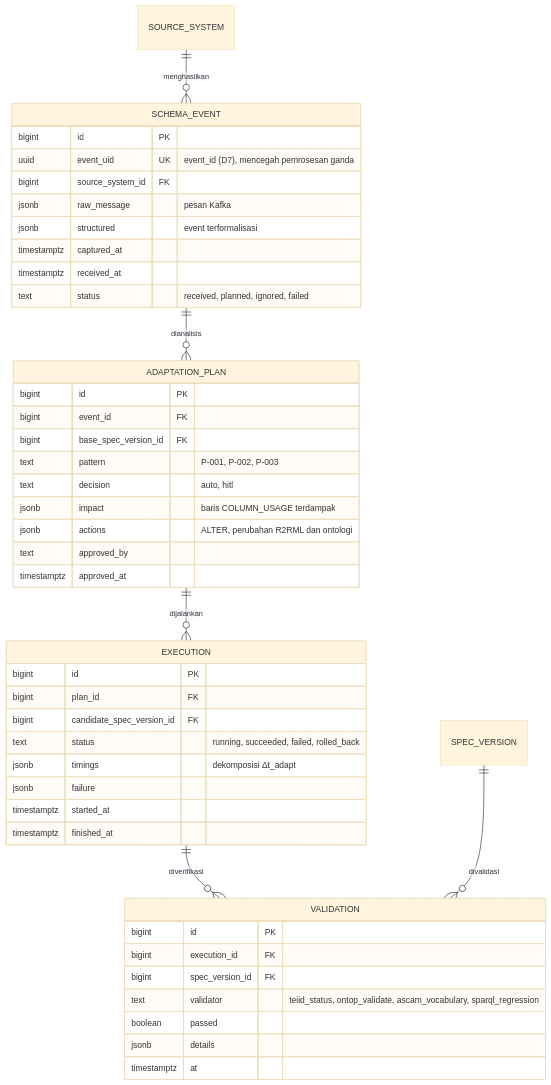
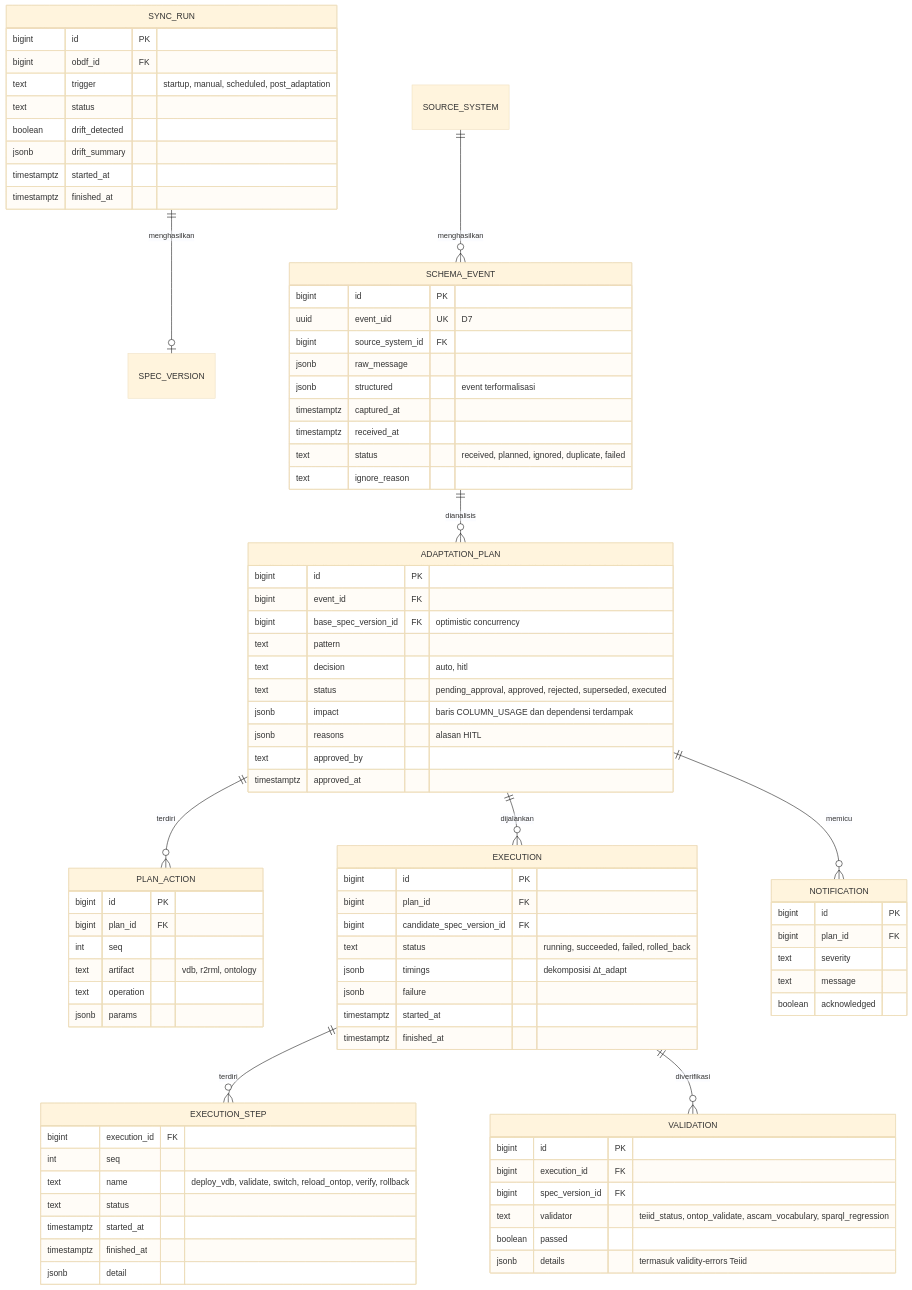
The seventh of 7 diagrams in docs/knowledge/README.md (rahilaode/data-federation-dev), drawn with Mermaid (base theme) before and after one commit. The commit also changed other lines of this file and 2 other files, not shown here.

Commit message:
ADR-0006: dependensi view Teiid (hasil F0.7); rancangan Knowledge v2: graf lineage ujung-ke-ujung, view, kepemilikan elemen, kebijakan, konsistensi, read model UI

````diff
--- a/docs/knowledge/README.md
+++ b/docs/knowledge/README.md
@@ -303,31 +466,54 @@
 ```mermaid
 erDiagram
+    SYNC_RUN ||--o| SPEC_VERSION : menghasilkan
     SOURCE_SYSTEM ||--o{ SCHEMA_EVENT : menghasilkan
     SCHEMA_EVENT ||--o{ ADAPTATION_PLAN : dianalisis
+    ADAPTATION_PLAN ||--o{ PLAN_ACTION : terdiri
     ADAPTATION_PLAN ||--o{ EXECUTION : dijalankan
+    EXECUTION ||--o{ EXECUTION_STEP : terdiri
     EXECUTION ||--o{ VALIDATION : diverifikasi
-    SPEC_VERSION ||--o{ VALIDATION : divalidasi
+    ADAPTATION_PLAN ||--o{ NOTIFICATION : memicu
 
+    SYNC_RUN {
+        bigint id PK
+        bigint obdf_id FK
+        text trigger "startup, manual, scheduled, post_adaptation"
+        text status
+        boolean drift_detected
+        jsonb drift_summary
+        timestamptz started_at
+        timestamptz finished_at
+    }
     SCHEMA_EVENT {
         bigint id PK
-        uuid event_uid UK "event_id (D7), mencegah pemrosesan ganda"
+        uuid event_uid UK "D7"
         bigint source_system_id FK
-        jsonb raw_message "pesan Kafka"
+        jsonb raw_message
         jsonb structured "event terformalisasi"
         timestamptz captured_at
         timestamptz received_at
-        text status "received, planned, ignored, failed"
+        text status "received, planned, ignored, duplicate, failed"
+        text ignore_reason
     }
     ADAPTATION_PLAN {
         bigint id PK
         bigint event_id FK
-        bigint base_spec_version_id FK
-        text pattern "P-001, P-002, P-003"
+        bigint base_spec_version_id FK "optimistic concurrency"
+        text pattern
         text decision "auto, hitl"
-        jsonb impact "baris COLUMN_USAGE terdampak"
-        jsonb actions "ALTER, perubahan R2RML dan ontologi"
+        text status "pending_approval, approved, rejected, superseded, executed"
+        jsonb impact "baris COLUMN_USAGE dan dependensi terdampak"
+        jsonb reasons "alasan HITL"
         text approved_by
         timestamptz approved_at
+    }
+    PLAN_ACTION {
+        bigint id PK
+        bigint plan_id FK
+        int seq
+        text artifact "vdb, r2rml, ontology"
+        text operation
+        jsonb params
     }
     EXECUTION {
         bigint id PK
@@ -339,13 +525,28 @@
         timestamptz started_at
         timestamptz finished_at
     }
+    EXECUTION_STEP {
+        bigint execution_id FK
+        int seq
+        text name "deploy_vdb, validate, switch, reload_ontop, verify, rollback"
+        text status
+        timestamptz started_at
+        timestamptz finished_at
+        jsonb detail
+    }
     VALIDATION {
         bigint id PK
         bigint execution_id FK
         bigint spec_version_id FK
         text validator "teiid_status, ontop_validate, ascam_vocabulary, sparql_regression"
         boolean passed
-        jsonb details
-        timestamptz at
+        jsonb details "termasuk validity-errors Teiid"
+    }
+    NOTIFICATION {
+        bigint id PK
+        bigint plan_id FK
+        text severity
+        text message
+        boolean acknowledged
     }
 ```
````
